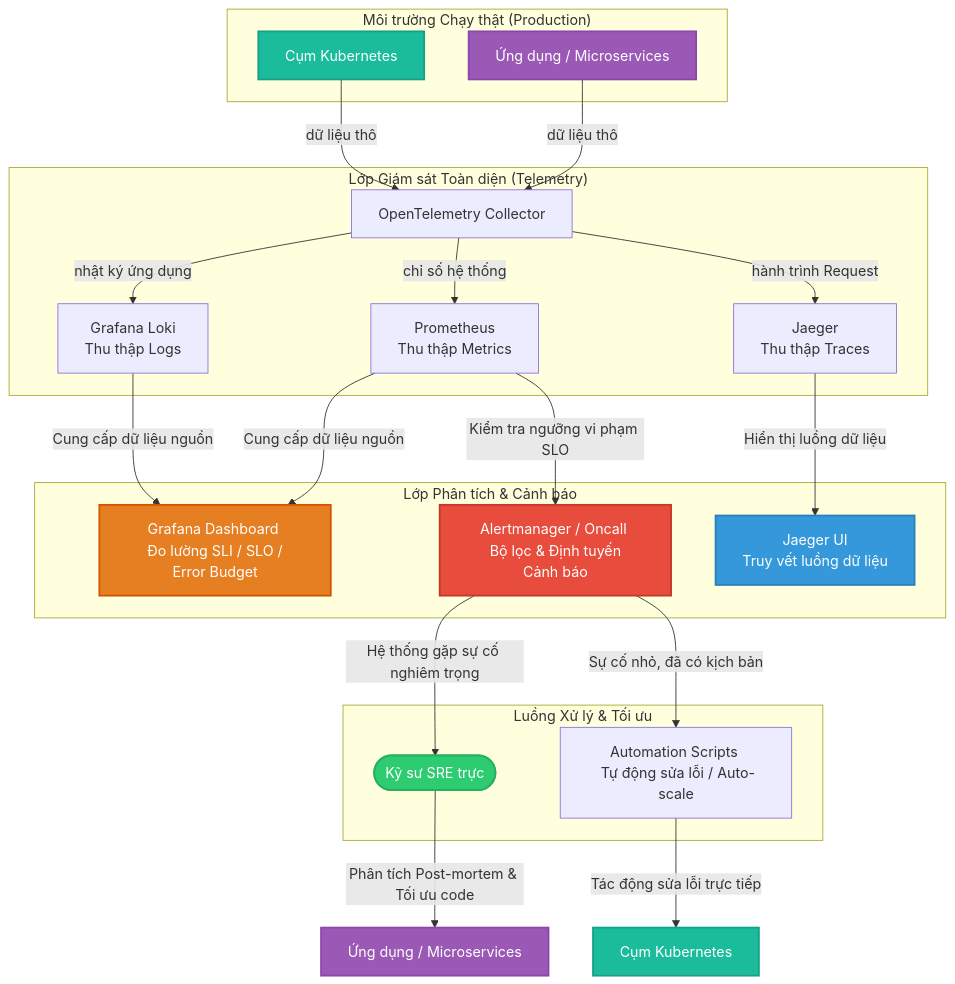
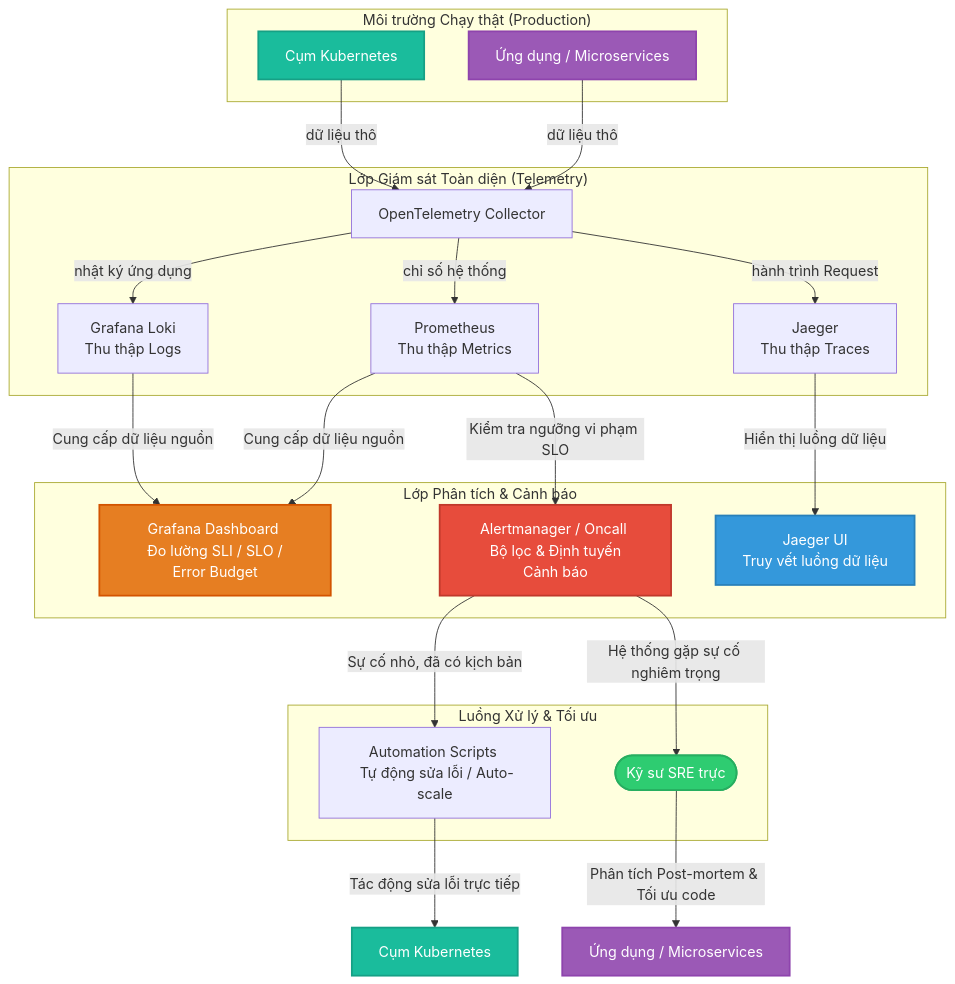
One commit to hinorashi/homecommer changed the first of 4 diagrams in note.md. Above: the diagram before and after it, drawn with Mermaid. The commit also changed other lines of this file, not shown here.

````diff
--- a/note.md
+++ b/note.md
@@ -106,53 +107,53 @@
 ```mermaid
 graph TD
     %% Môi trường phát sinh dữ liệu
     subgraph Production_Env ["Môi trường Chạy thật (Production)"]
         App[Ứng dụng / Microservices]
         K8s_Cluster[Cụm Kubernetes]
     end
 
     %% Lớp thu thập dữ liệu giám sát
     subgraph Observability_Stack ["Lớp Giám sát Toàn diện (Telemetry)"]
         Otel[OpenTelemetry Collector]
         Prom[Prometheus <br> Thu thập Metrics]
         Loki[Grafana Loki <br> Thu thập Logs]
         Jaeger[Jaeger <br> Thu thập Traces]
     end
 
     App & K8s_Cluster -->|dữ liệu thô| Otel
     Otel -->|chỉ số hệ thống| Prom
     Otel -->|nhật ký ứng dụng| Loki
     Otel -->|hành trình Request| Jaeger
 
     %% Lớp phân tích và hiển thị
     subgraph Analysis_Alerting ["Lớp Phân tích & Cảnh báo"]
         Grafana[Grafana Dashboard <br> Đo lường SLI / SLO / Error Budget]
         AlertManager[Alertmanager / Oncall <br> Bộ lọc & Định tuyến Cảnh báo]
         JaegerUI[Jaeger UI <br> Truy vết luồng dữ liệu]
     end
 
     Prom & Loki -->|Cung cấp dữ liệu nguồn| Grafana
     Prom -->|Kiểm tra ngưỡng vi phạm SLO| AlertManager
     Jaeger -->|Hiển thị luồng dữ liệu| JaegerUI
 
     %% Lớp phản hồi và xử lý sự cố
     subgraph Response_Action ["Luồng Xử lý & Tối ưu"]
+        Runbook[Automation Scripts <br> Tự động sửa lỗi / Auto-scale]
         SRE_OnCall([Kỹ sư SRE trực])
-        Runbook[Automation Scripts <br> Tự động sửa lỗi / Auto-scale]
     end
 
+    AlertManager -->|Sự cố nhỏ, đã có kịch bản| Runbook
     AlertManager -->|Hệ thống gặp sự cố nghiêm trọng| SRE_OnCall
-    AlertManager -->|Sự cố nhỏ, đã có kịch bản| Runbook
     Runbook -->|Tác động sửa lỗi trực tiếp| K8s_Cluster_origin[Cụm Kubernetes]
     SRE_OnCall -->|Phân tích Post-mortem & Tối ưu code| App_origin[Ứng dụng / Microservices]
 
     %% Định dạng màu sắc
     classDef purple fill:#9b59b6,stroke:#8e44ad,stroke-width:2px,color:#fff;
     classDef teal fill:#1abc9c,stroke:#16a085,stroke-width:2px,color:#fff;
     class App,App_origin purple;
     class K8s_Cluster,K8s_Cluster_origin teal;
     style Grafana fill:#e67e22,stroke:#d35400,stroke-width:2px,color:#fff
     style AlertManager fill:#e74c3c,stroke:#c0392b,stroke-width:2px,color:#fff
     style SRE_OnCall fill:#2ecc71,stroke:#27ae60,stroke-width:2px,color:#fff
     style JaegerUI fill:#3498db,stroke:#2980b9,stroke-width:2px,color:#fff
 ```
````
